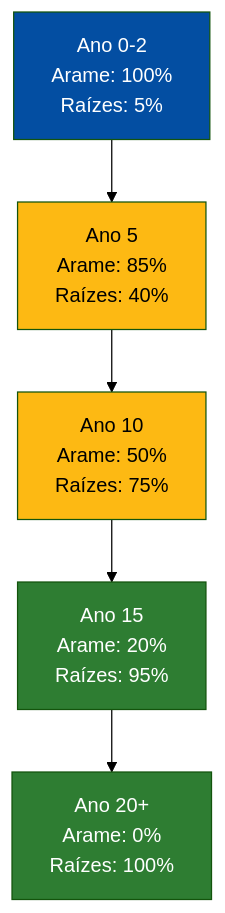
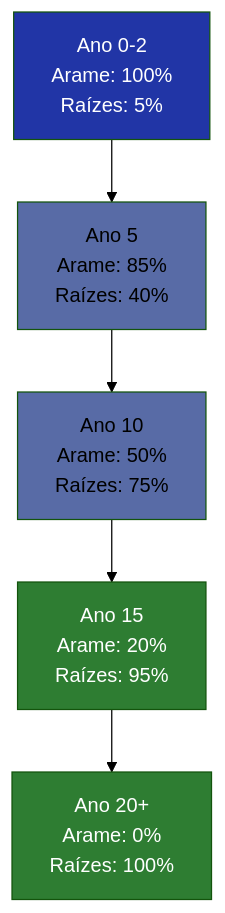
One commit to ldvsantos/cv changed the fifth of 6 diagrams in aulas/bioengenharia_de_solos/aulas/gabiao_vivo/gabiao_vivo.qmd. Above: the diagram before and after it, drawn with Mermaid (forest theme). The commit also changed other lines of this file and 466 other files, not shown here.

````diff
--- a/aulas/bioengenharia_de_solos/aulas/gabiao_vivo/gabiao_vivo.qmd
+++ b/aulas/bioengenharia_de_solos/aulas/gabiao_vivo/gabiao_vivo.qmd
@@ -512,13 +510,13 @@
 ```{mermaid}
 %%| fig-width: 5
 graph TD
     A["Ano 0-2<br>Arame: 100%<br>Raízes: 5%"] --> B["Ano 5<br>Arame: 85%<br>Raízes: 40%"]
     B --> C["Ano 10<br>Arame: 50%<br>Raízes: 75%"]
     C --> D["Ano 15<br>Arame: 20%<br>Raízes: 95%"]
     D --> E["Ano 20+<br>Arame: 0%<br>Raízes: 100%"]
-    style A fill:#034EA2,color:#fff
-    style B fill:#FDB913,color:#000
-    style C fill:#FDB913,color:#000
+    style A fill:#2135A6,color:#fff
+    style B fill:#586BA6,color:#000
+    style C fill:#586BA6,color:#000
     style D fill:#2E7D32,color:#fff
     style E fill:#2E7D32,color:#fff
 ```
````
